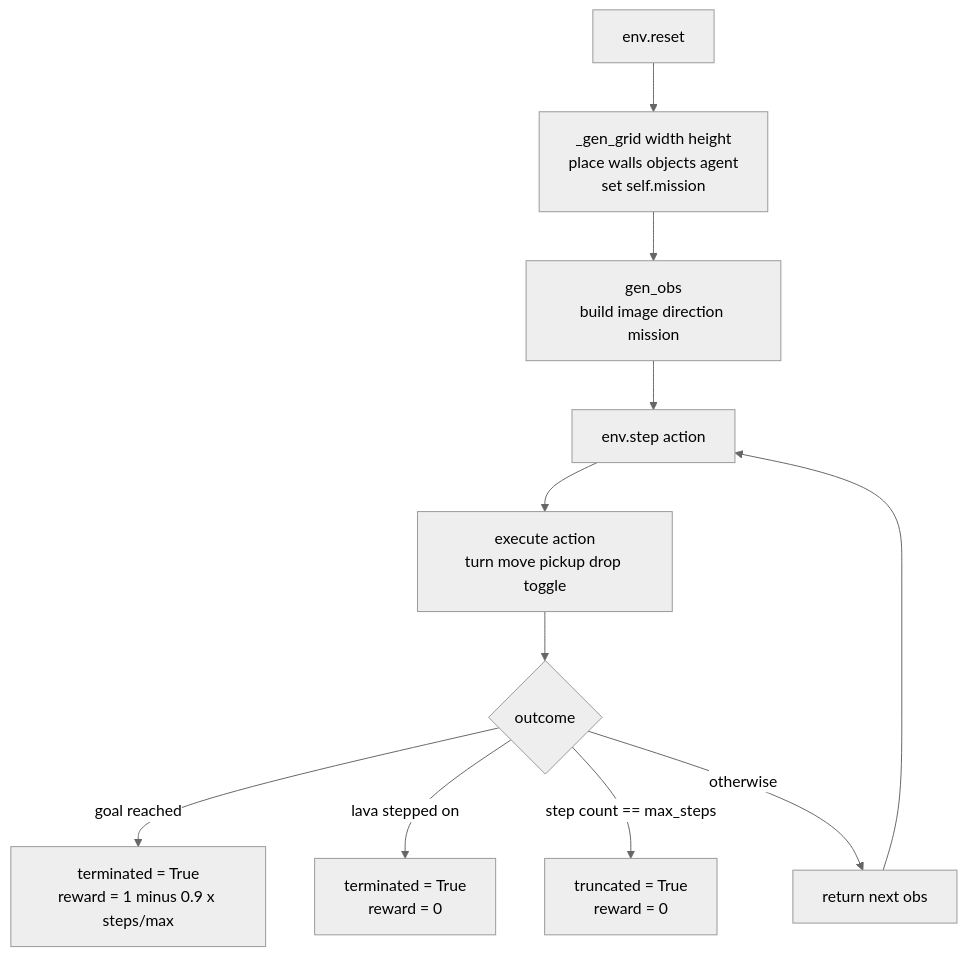
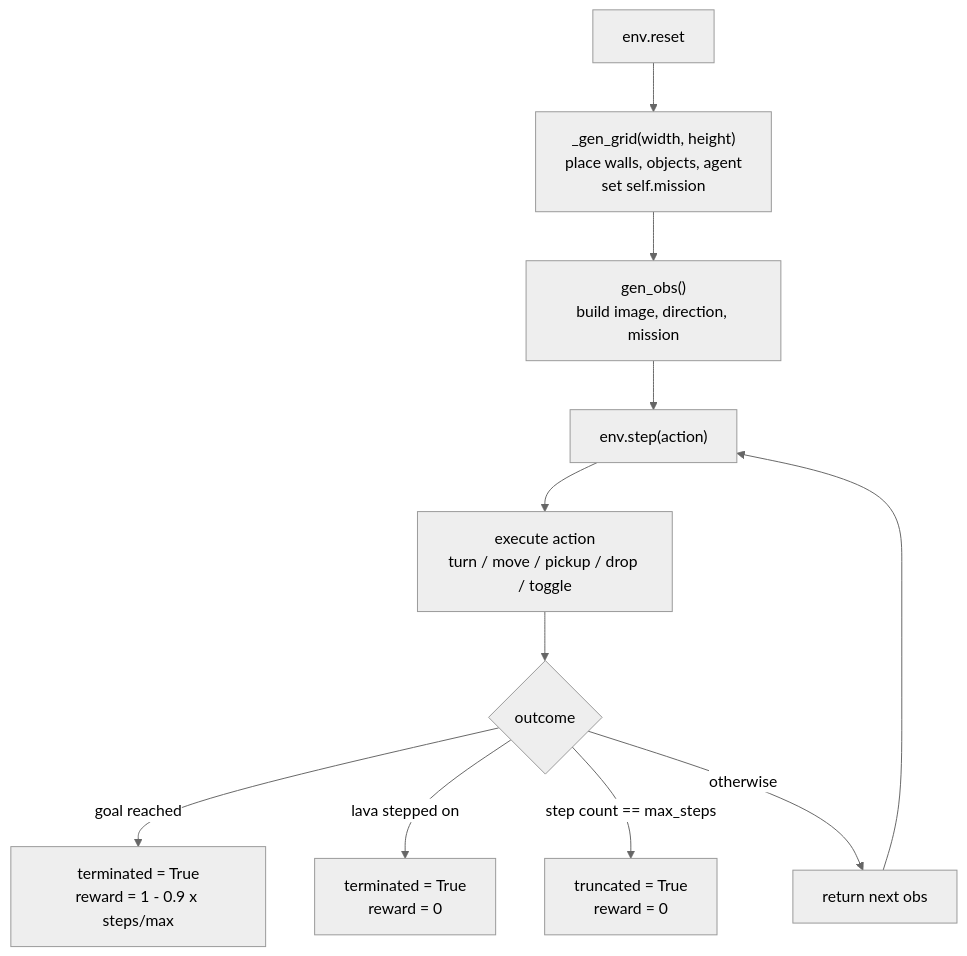
One commit to alexandermfisher/minigrid changed the second of 6 diagrams in docs/content/architecture.md. Above: the diagram before and after it, drawn with Mermaid (neutral theme). The commit also changed other lines of this file, not shown here.

First line of the commit message:
Replace \n with <br/> in Mermaid node labels

````diff
--- a/docs/content/architecture.md
+++ b/docs/content/architecture.md
@@ -25,21 +25,21 @@
 ```{mermaid}
 flowchart TD
     R[env.reset]
-    GG[_gen_grid width height\nplace walls objects agent\nset self.mission]
-    OB[gen_obs\nbuild image direction mission]
-    ST[env.step action]
-    EX[execute action\nturn move pickup drop toggle]
+    GG["_gen_grid(width, height)<br/>place walls, objects, agent<br/>set self.mission"]
+    OB["gen_obs()<br/>build image, direction, mission"]
+    ST["env.step(action)"]
+    EX["execute action<br/>turn / move / pickup / drop / toggle"]
     CH{outcome}
-    GO[terminated = True\nreward = 1 minus 0.9 x steps/max]
-    LV[terminated = True\nreward = 0]
-    TR[truncated = True\nreward = 0]
+    GO["terminated = True<br/>reward = 1 - 0.9 x steps/max"]
+    LV["terminated = True<br/>reward = 0"]
+    TR["truncated = True<br/>reward = 0"]
     NX[return next obs]
 
     R --> GG --> OB
     OB --> ST --> EX --> CH
     CH -->|goal reached| GO
     CH -->|lava stepped on| LV
     CH -->|step count == max_steps| TR
     CH -->|otherwise| NX
     NX --> ST
 ```
````
